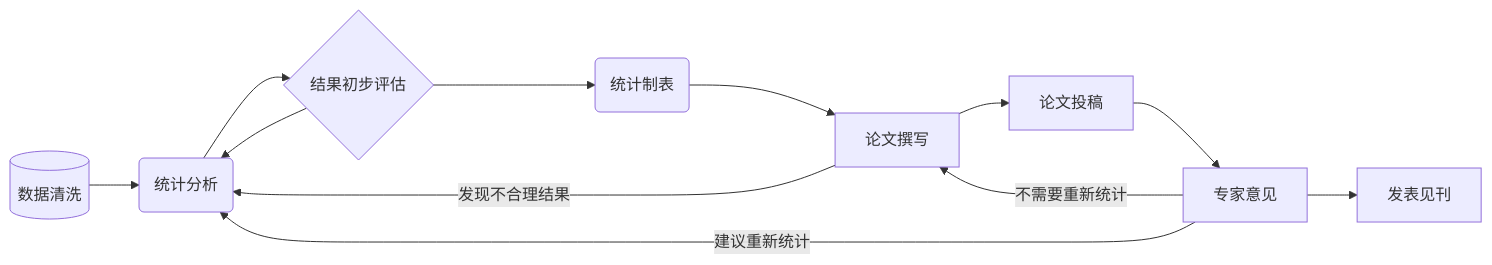
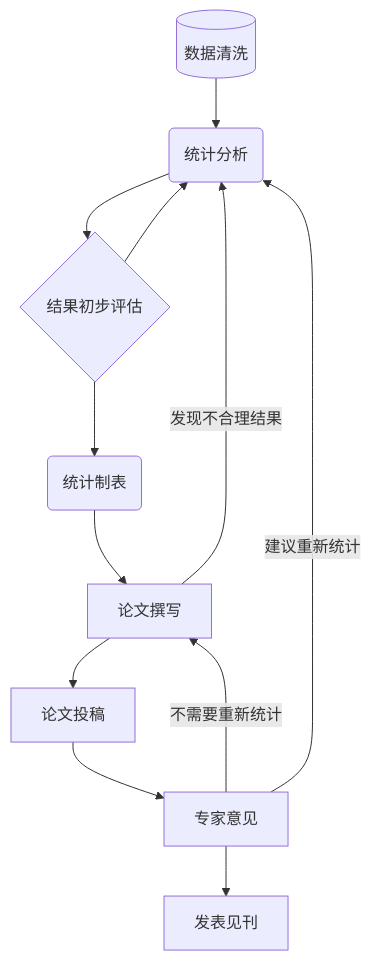
Before and after one commit to gigu003/chenq.site: the diagram in qsight/2023-3-25-quarto-writing/index.qmd, drawn with Mermaid. The commit also changed 1 other file, not shown here.

Commit message:
update blog

````diff
--- a/qsight/2023-3-25-quarto-writing/index.qmd
+++ b/qsight/2023-3-25-quarto-writing/index.qmd
@@ -21,14 +21,14 @@
 ```{mermaid}
-flowchart LR
+flowchart TD
   A[(数据清洗)] --> B(统计分析)
   B --> C{结果初步评估}
   C --> B
   C --> D(统计制表)
   D --> E[论文撰写]
   E -- 发现不合理结果 --> B
   E --> F[论文投稿]
   F --> G[专家意见]
   G -- 建议重新统计 --> B
   G -- 不需要重新统计 --> E
   G --> H[发表见刊]
 ```
````
